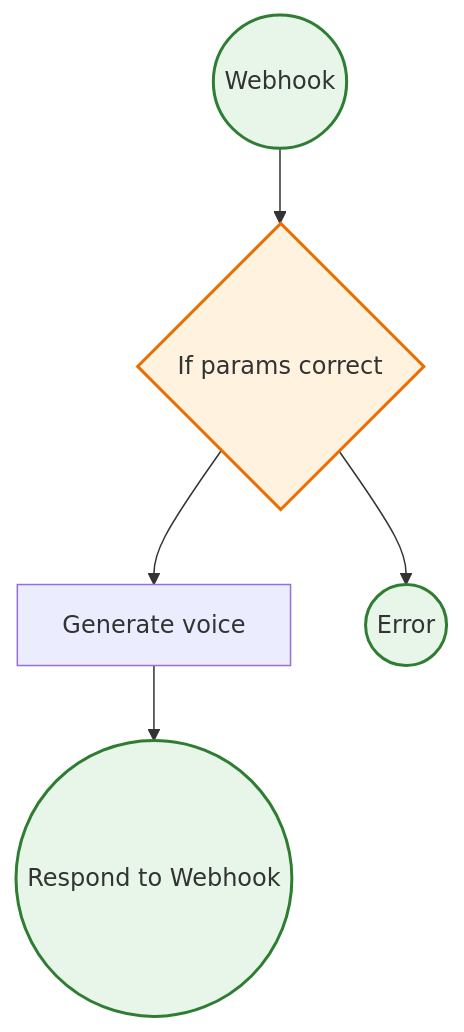
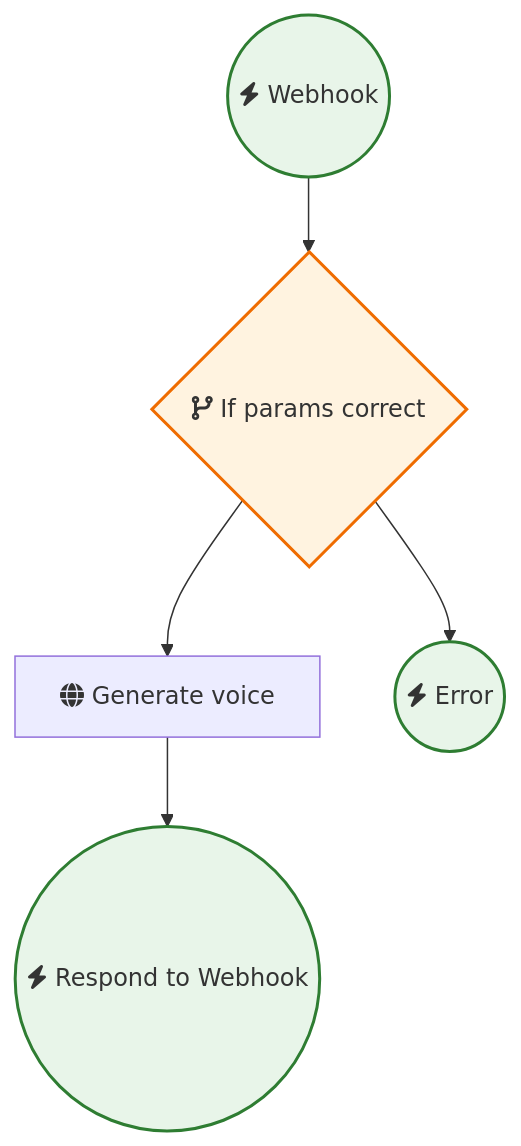
One commit to sreyash3105/N8N-DEMO-AUTOMATIONS changed the diagram in OpenAI_and_LLMs/Generate Text-to-Speech Using Elevenlabs via API.md. Above: the diagram before and after it, drawn with Mermaid. The commit also changed 291 other files, not shown here.

````diff
--- a/OpenAI_and_LLMs/Generate Text-to-Speech Using Elevenlabs via API.md
+++ b/OpenAI_and_LLMs/Generate Text-to-Speech Using Elevenlabs via API.md
@@ -1,17 +1,17 @@
 ```mermaid
 graph TD
     classDef trigger fill:#e8f5e9,stroke:#2e7d32,stroke-width:2px;
     classDef ai fill:#e3f2fd,stroke:#1565c0,stroke-width:2px;
     classDef logic fill:#fff3e0,stroke:#ef6c00,stroke-width:2px;
 
-    If_params_correct{"If params correct"}:::logic
-    Respond_to_Webhook(("Respond to Webhook")):::trigger
-    Webhook(("Webhook")):::trigger
-    Generate_voice["Generate voice"]
-    Error(("Error")):::trigger
+    If_params_correct{"fas:fa-code-branch If params correct"}:::logic
+    Respond_to_Webhook(("fas:fa-bolt Respond to Webhook")):::trigger
+    Webhook(("fas:fa-bolt Webhook")):::trigger
+    Generate_voice["fas:fa-globe Generate voice"]
+    Error(("fas:fa-bolt Error")):::trigger
 
     Webhook --> If_params_correct
     Generate_voice --> Respond_to_Webhook
     If_params_correct --> Generate_voice
     If_params_correct --> Error
 ```
````
